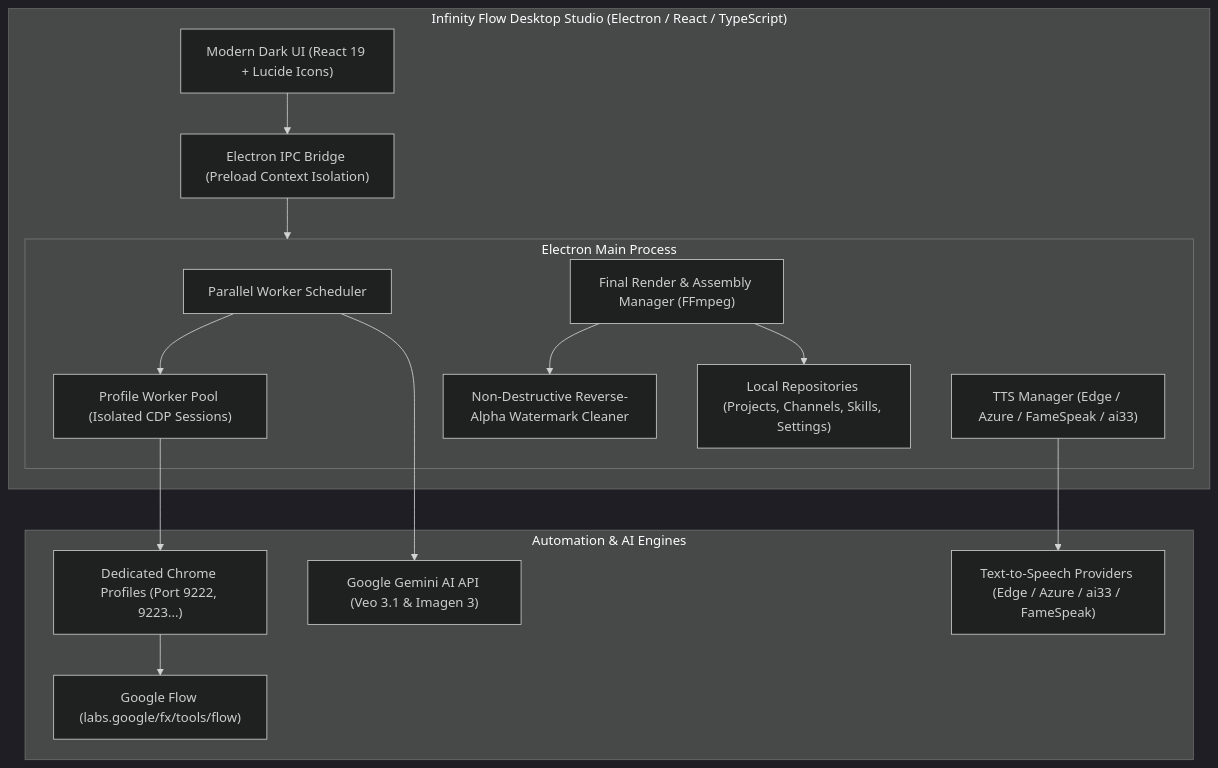
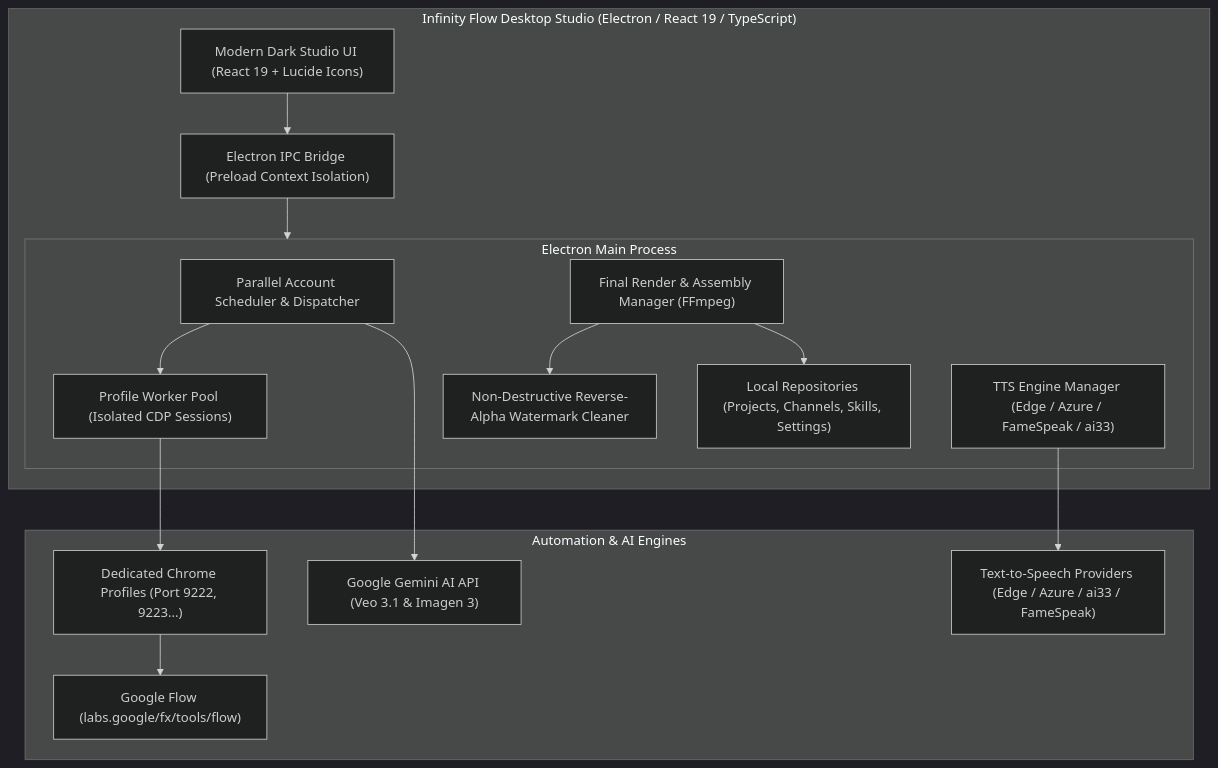
The diagram in README.md (aiautomation786786/Automist-Labs-Flow), drawn with Mermaid (dark theme) before and after one commit. The commit also changed other lines of this file and 1 other file, not shown here.

````diff
--- a/README.md
+++ b/README.md
@@ -73,32 +79,32 @@
 ```mermaid
 flowchart TB
-    subgraph DesktopApp["Infinity Flow Desktop Studio (Electron / React / TypeScript)"]
-        UI["Modern Dark UI (React 19 + Lucide Icons)"]
+    subgraph DesktopApp["Infinity Flow Desktop Studio (Electron / React 19 / TypeScript)"]
+        UI["Modern Dark Studio UI (React 19 + Lucide Icons)"]
         IPC["Electron IPC Bridge (Preload Context Isolation)"]
         
         subgraph MainProcess["Electron Main Process"]
-            Scheduler["Parallel Worker Scheduler"]
+            Scheduler["Parallel Account Scheduler & Dispatcher"]
             WorkerPool["Profile Worker Pool (Isolated CDP Sessions)"]
-            TtsManager["TTS Manager (Edge / Azure / FameSpeak / ai33)"]
+            TtsManager["TTS Engine Manager (Edge / Azure / FameSpeak / ai33)"]
             RenderManager["Final Render & Assembly Manager (FFmpeg)"]
             PostProcessing["Non-Destructive Reverse-Alpha Watermark Cleaner"]
             Storage["Local Repositories (Projects, Channels, Skills, Settings)"]
         end
     end
 
     subgraph ExternalEngines["Automation & AI Engines"]
         ChromeProfiles["Dedicated Chrome Profiles (Port 9222, 9223...)"]
         GoogleFlow["Google Flow (labs.google/fx/tools/flow)"]
         GeminiAPI["Google Gemini AI API (Veo 3.1 & Imagen 3)"]
         TtsEngines["Text-to-Speech Providers (Edge / Azure / ai33 / FameSpeak)"]
     end
 
     UI --> IPC
     IPC --> MainProcess
     Scheduler --> WorkerPool
     WorkerPool --> ChromeProfiles --> GoogleFlow
     Scheduler --> GeminiAPI
     TtsManager --> TtsEngines
     RenderManager --> PostProcessing
     RenderManager --> Storage
 ```
````
